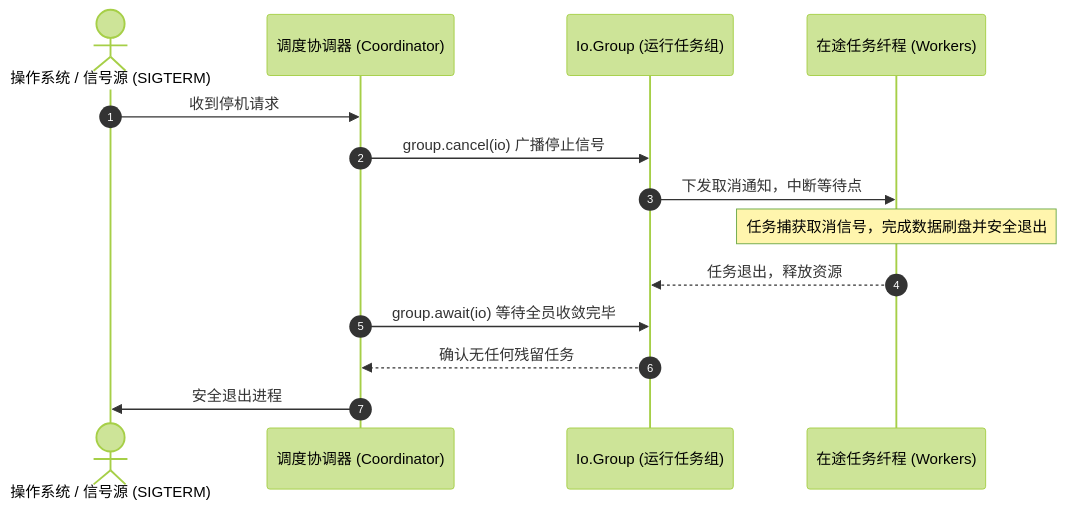
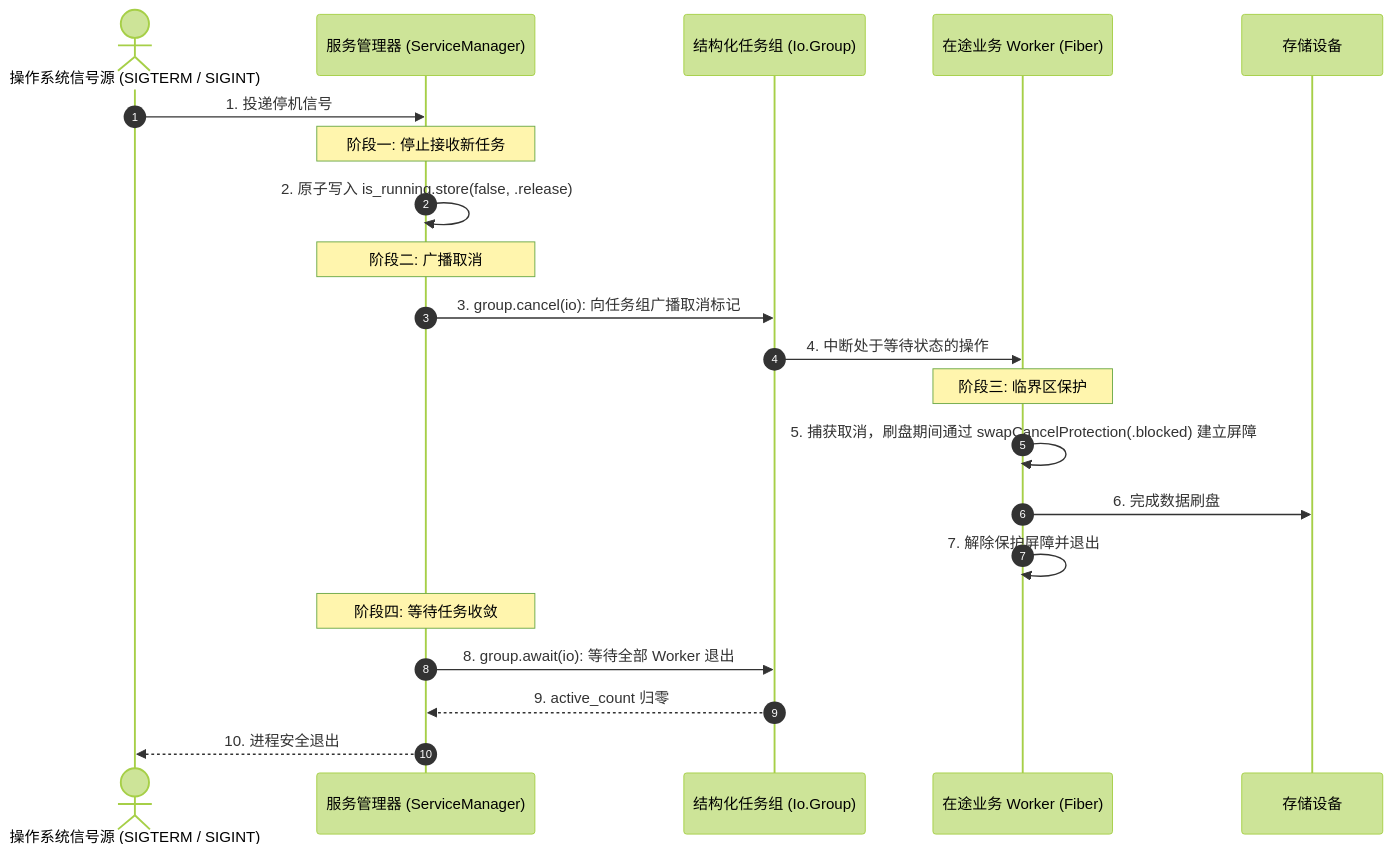
Before and after one commit to jiacai2050/x: the diagram in zig-io/src/practices/practice-structured-concurrency.md, drawn with Mermaid (forest theme). The commit also changed other lines of this file and 28 other files, not shown here.

````diff
--- a/zig-io/src/practices/practice-structured-concurrency.md
+++ b/zig-io/src/practices/practice-structured-concurrency.md
@@ -11,17 +13,27 @@
 ```mermaid
 sequenceDiagram
     autonumber
-    actor Sys as 操作系统 / 信号源 (SIGTERM)
-    participant Coord as 调度协调器 (Coordinator)
-    participant Group as Io.Group (运行任务组)
-    participant Tasks as 在途任务纤程 (Workers)
+    actor OS as 操作系统信号源 (SIGTERM / SIGINT)
+    participant Mgr as 服务管理器 (ServiceManager)
+    participant Group as 结构化任务组 (Io.Group)
+    participant Worker as 在途业务 Worker (Fiber)
+    participant Storage as 存储设备
 
-    Sys->>Coord: 收到停机请求
-    Coord->>Group: group.cancel(io) 广播停止信号
-    Group->>Tasks: 下发取消通知，中断等待点
-    Note over Tasks: 任务捕获取消信号，完成数据刷盘并安全退出
-    Tasks-->>Group: 任务退出，释放资源
-    Coord->>Group: group.await(io) 等待全员收敛完毕
-    Group-->>Coord: 确认无任何残留任务
-    Coord->>Sys: 安全退出进程
+    OS->>Mgr: 1. 投递停机信号
+    Note over Mgr: 阶段一: 停止接收新任务
+    Mgr->>Mgr: 2. 原子写入 is_running.store(false, .release)
+    
+    Note over Mgr: 阶段二: 广播取消
+    Mgr->>Group: 3. group.cancel(io): 向任务组广播取消标记
+    Group->>Worker: 4. 中断处于等待状态的操作
+    
+    Note over Worker: 阶段三: 临界区保护
+    Worker->>Worker: 5. 捕获取消，刷盘期间通过 swapCancelProtection(.blocked) 建立屏障
+    Worker->>Storage: 6. 完成数据刷盘
+    Worker->>Worker: 7. 解除保护屏障并退出
+    
+    Note over Mgr: 阶段四: 等待任务收敛
+    Mgr->>Group: 8. group.await(io): 等待全部 Worker 退出
+    Group-->>Mgr: 9. active_count 归零
+    Mgr-->>OS: 10. 进程安全退出
 ```
````
